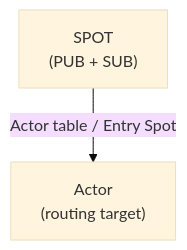
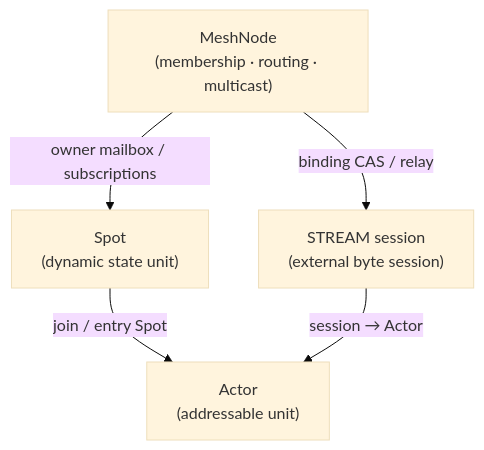
The second of 2 diagrams in core/doc/guide/07-0-services.md (kairos-code-dev/zlink), drawn with Mermaid (base theme) before and after one commit. The commit also changed other lines of this file and 58 other files, not shown here.

````diff
--- a/core/doc/guide/07-0-services.md
+++ b/core/doc/guide/07-0-services.md
@@ -166,5 +163,8 @@
 ```mermaid
 flowchart TB
-    S1["SPOT<br/>(PUB + SUB)"]
-    S1 -- "Actor table / Entry Spot" --> A1["Actor<br/>(routing target)"]
+    N1["MeshNode<br/>(membership · routing · multicast)"]
+    N1 -- "owner mailbox / subscriptions" --> S1["Spot<br/>(dynamic state unit)"]
+    S1 -- "join / entry Spot" --> A1["Actor<br/>(addressable unit)"]
+    N1 -- "binding CAS / relay" --> T1["STREAM session<br/>(external byte session)"]
+    T1 -- "session → Actor" --> A1
 ```
````
